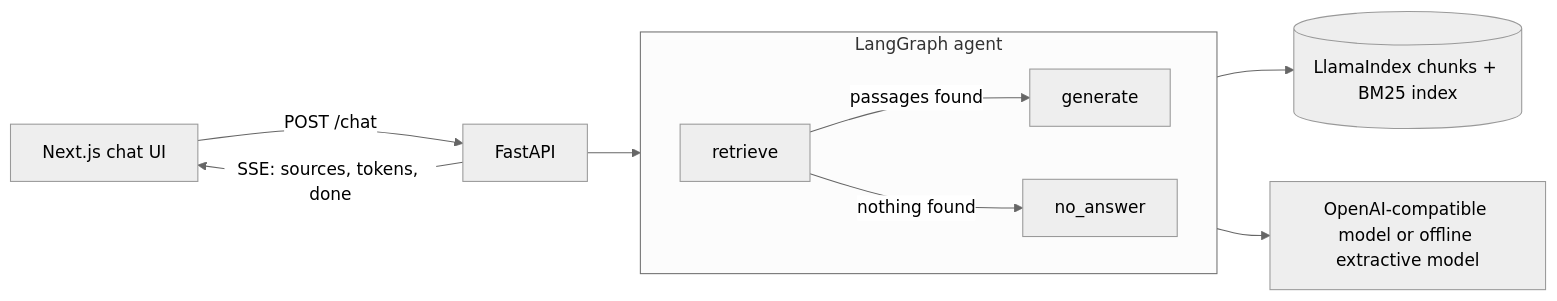
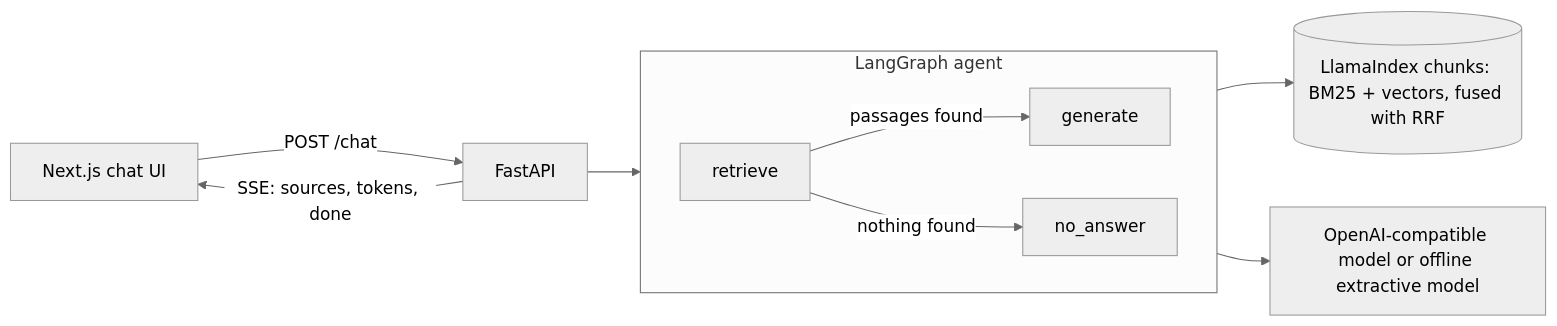
One commit to Siddharth-DWT/agentic-rag-platform changed the diagram in README.md. Above: the diagram before and after it, drawn with Mermaid (neutral theme). The commit also changed other lines of this file and 4 other files, not shown here.

````diff
--- a/README.md
+++ b/README.md
@@ -12,15 +12,15 @@
 ```mermaid
 flowchart LR
     UI["Next.js chat UI"] -- "POST /chat" --> API["FastAPI"]
     API -- "SSE: sources, tokens, done" --> UI
     API --> G
 
     subgraph G["LangGraph agent"]
         direction LR
         R["retrieve"] -->|passages found| GEN["generate"]
         R -->|nothing found| NA["no_answer"]
     end
 
-    R --> IDX[("LlamaIndex chunks + BM25 index")]
+    R --> IDX[("LlamaIndex chunks: BM25 + vectors, fused with RRF")]
     GEN --> LLM["OpenAI-compatible model or offline extractive model"]
 ```
````
